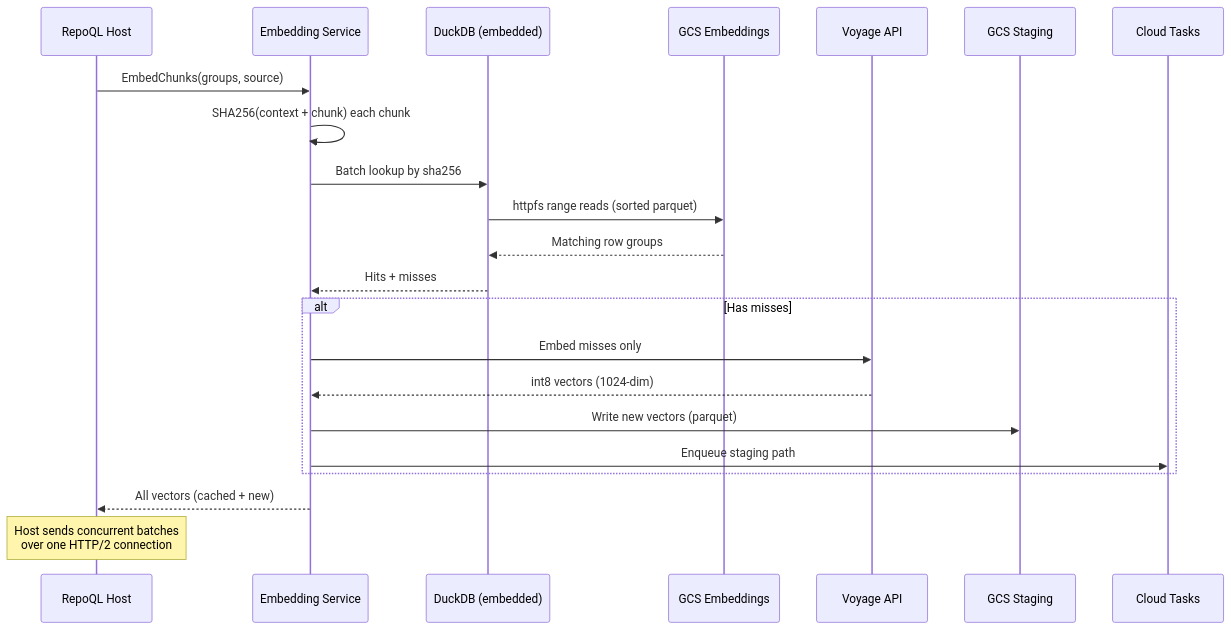
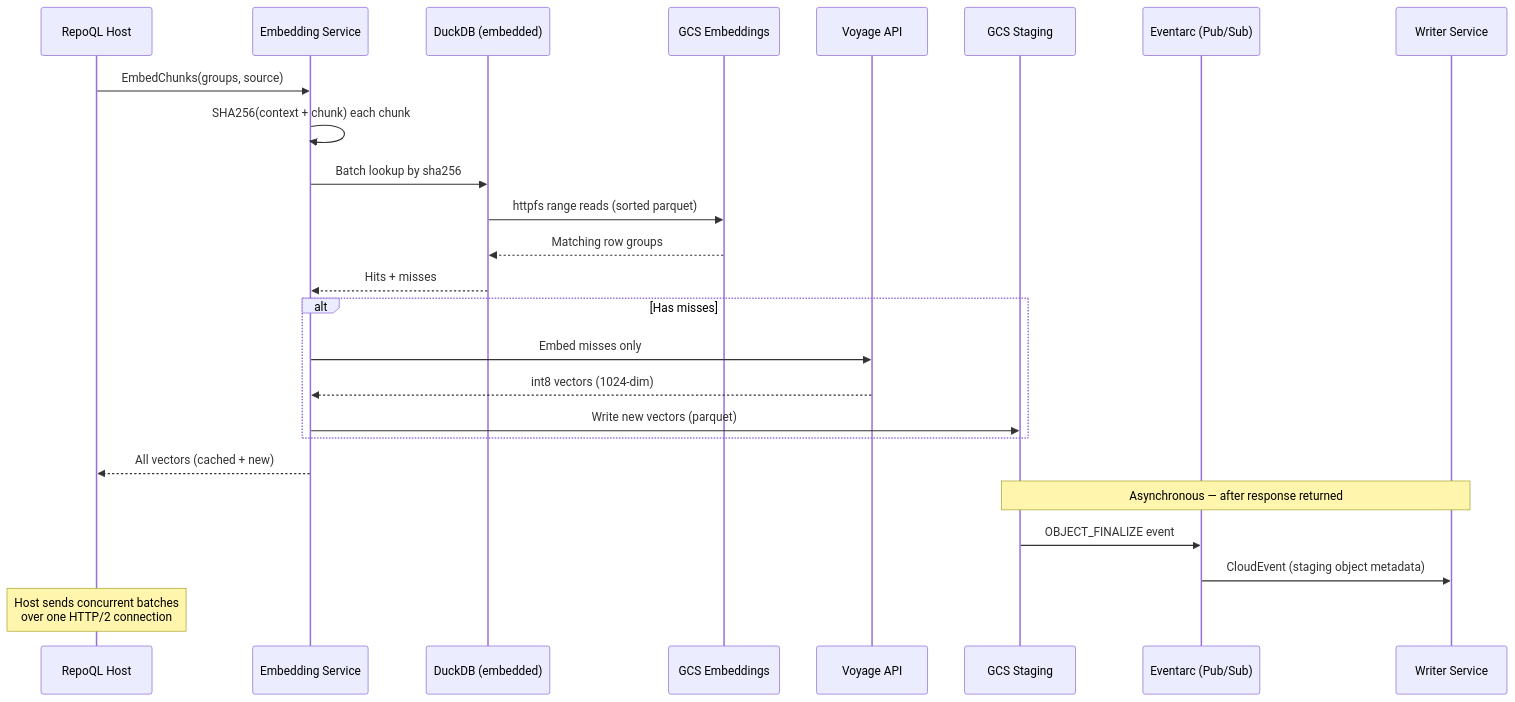
One commit to RepoQL/RepoQL changed the diagram in docs/flows/future/cloud-cache/embedding-request.md. Above: the diagram before and after it, drawn with Mermaid. The commit also changed other lines of this file and 7 other files, not shown here.

First line of the commit message:
Update cloud cache docs to reflect Eventarc migration

````diff
--- a/docs/flows/future/cloud-cache/embedding-request.md
+++ b/docs/flows/future/cloud-cache/embedding-request.md
@@ -116,29 +115,33 @@
 ```mermaid
 sequenceDiagram
     participant Client as RepoQL Host
     participant Service as Embedding Service
     participant DuckDB as DuckDB (embedded)
     participant GCS as GCS Embeddings
     participant Voyage as Voyage API
     participant Staging as GCS Staging
-    participant Tasks as Cloud Tasks
+    participant Eventarc as Eventarc (Pub/Sub)
+    participant Writer as Writer Service
 
     Client->>Service: EmbedChunks(groups, source)
     Service->>Service: SHA256(context + chunk) each chunk
 
     Service->>DuckDB: Batch lookup by sha256
     DuckDB->>GCS: httpfs range reads (sorted parquet)
     GCS-->>DuckDB: Matching row groups
     DuckDB-->>Service: Hits + misses
 
     alt Has misses
         Service->>Voyage: Embed misses only
         Voyage-->>Service: int8 vectors (1024-dim)
         Service->>Staging: Write new vectors (parquet)
-        Service->>Tasks: Enqueue staging path
     end
 
     Service-->>Client: All vectors (cached + new)
 
+    Note over Staging,Writer: Asynchronous — after response returned
+    Staging->>Eventarc: OBJECT_FINALIZE event
+    Eventarc->>Writer: CloudEvent (staging object metadata)
+
     Note over Client: Host sends concurrent batches<br/>over one HTTP/2 connection
 ```
````
